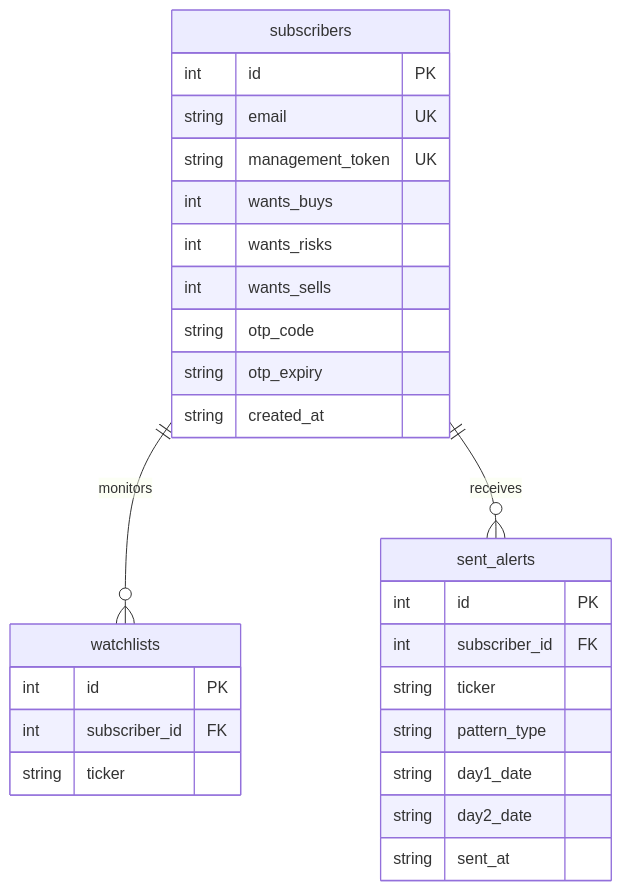
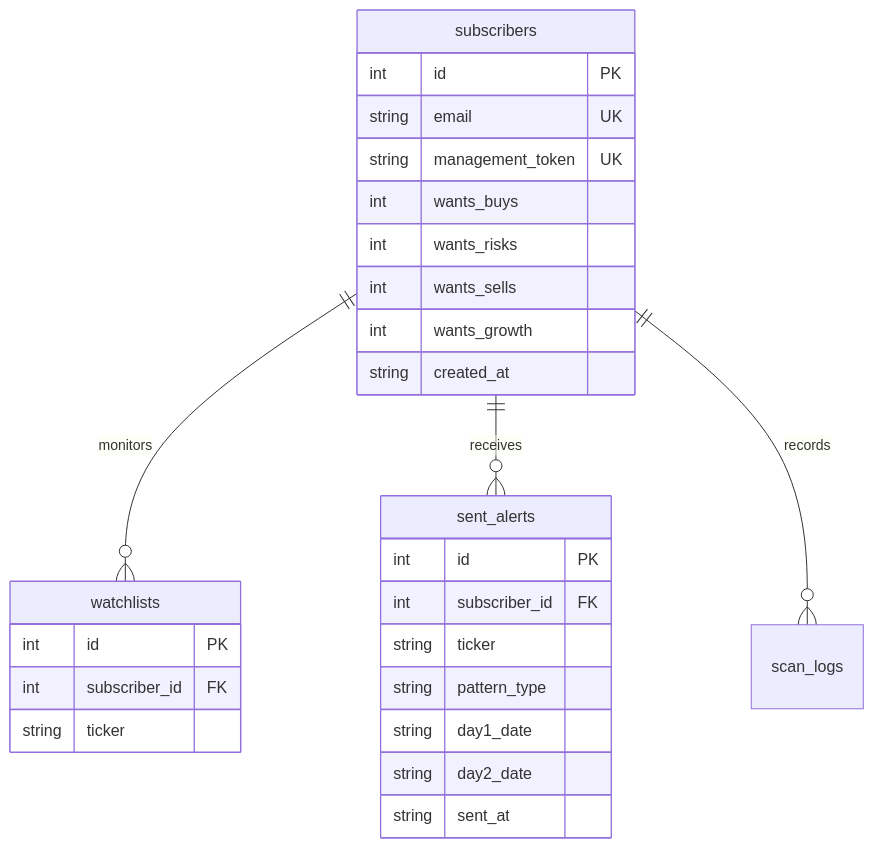
The diagram in README.md (DVorgang/hammer-candlestick-app), drawn with Mermaid before and after one commit. The commit also changed other lines of this file and 20 other files, not shown here.

````diff
--- a/README.md
+++ b/README.md
@@ -224,33 +192,33 @@
 ```mermaid
 erDiagram
     subscribers ||--o{ watchlists : "monitors"
     subscribers ||--o{ sent_alerts : "receives"
+    subscribers ||--o{ scan_logs : "records"
 
     subscribers {
         int id PK
         string email UK
         string management_token UK
         int wants_buys
         int wants_risks
         int wants_sells
-        string otp_code
-        string otp_expiry
+        int wants_growth
         string created_at
     }
 
     watchlists {
         int id PK
         int subscriber_id FK
         string ticker
     }
 
     sent_alerts {
         int id PK
         int subscriber_id FK
         string ticker
         string pattern_type
         string day1_date
         string day2_date
         string sent_at
     }
 ```
````
